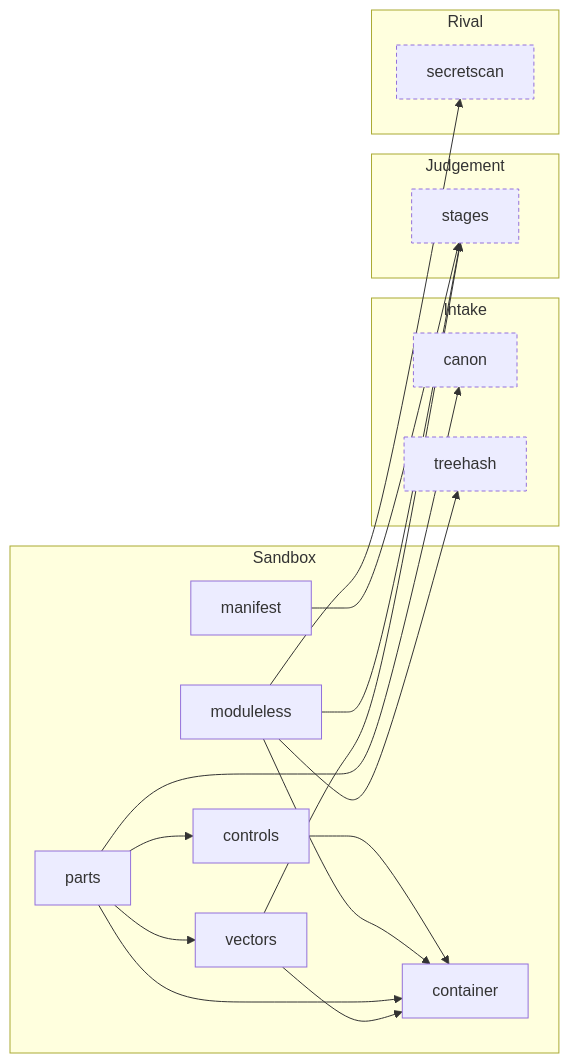
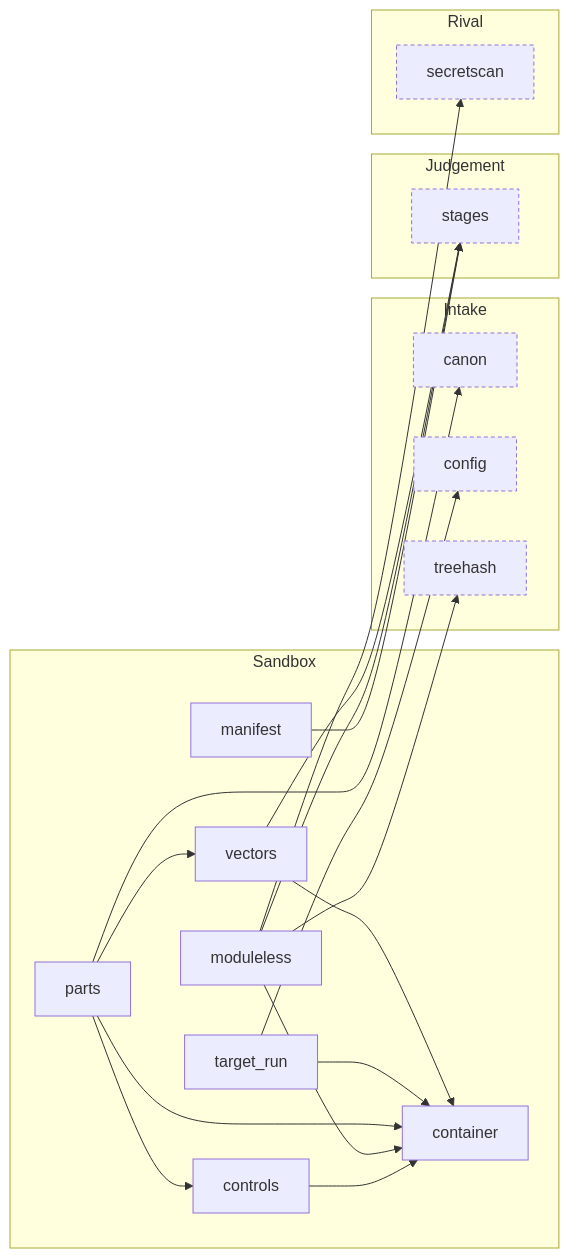
Before and after one commit to Okan-wqm/snowball-mcp: the fifth of 8 diagrams in docs/harita.md, drawn with Mermaid. The commit also changed other lines of this file and 11 other files, not shown here.

````diff
--- a/docs/harita.md
+++ b/docs/harita.md
@@ -227,34 +227,38 @@
 ```mermaid
 flowchart LR
   subgraph a_Sandbox["Sandbox"]
     m_container["container"]
     m_controls["controls"]
     m_manifest["manifest"]
     m_moduleless["moduleless"]
     m_parts["parts"]
+    m_target_run["target_run"]
     m_vectors["vectors"]
   end
   subgraph a_Intake["Intake"]
     m_canon["canon"]:::outside
+    m_config["config"]:::outside
     m_treehash["treehash"]:::outside
   end
   subgraph a_Judgement["Judgement"]
     m_stages["stages"]:::outside
   end
   subgraph a_Rival["Rival"]
     m_secretscan["secretscan"]:::outside
   end
   m_controls --> m_container
   m_manifest --> m_stages
   m_moduleless --> m_container
   m_moduleless --> m_secretscan
   m_moduleless --> m_stages
   m_moduleless --> m_treehash
   m_parts --> m_canon
   m_parts --> m_container
   m_parts --> m_controls
   m_parts --> m_vectors
+  m_target_run --> m_config
+  m_target_run --> m_container
   m_vectors --> m_container
   m_vectors --> m_stages
   classDef outside stroke-dasharray: 4 3
 ```
````
